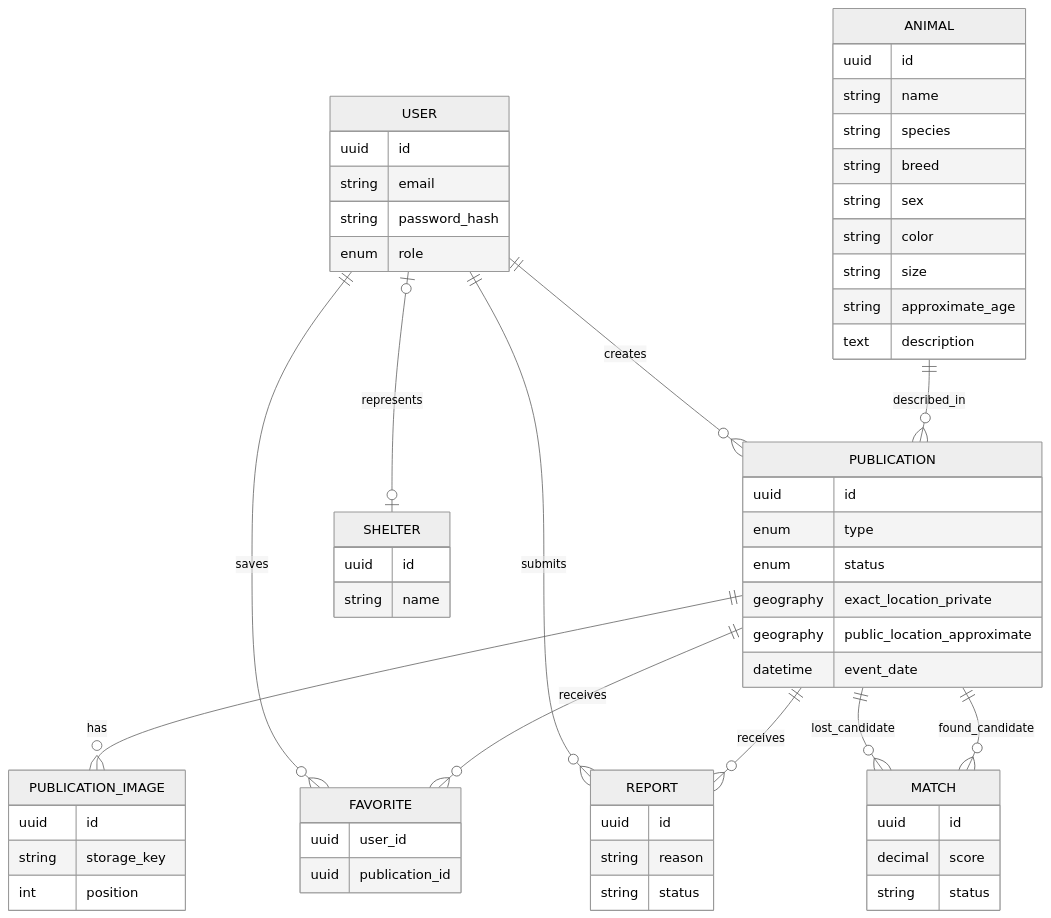
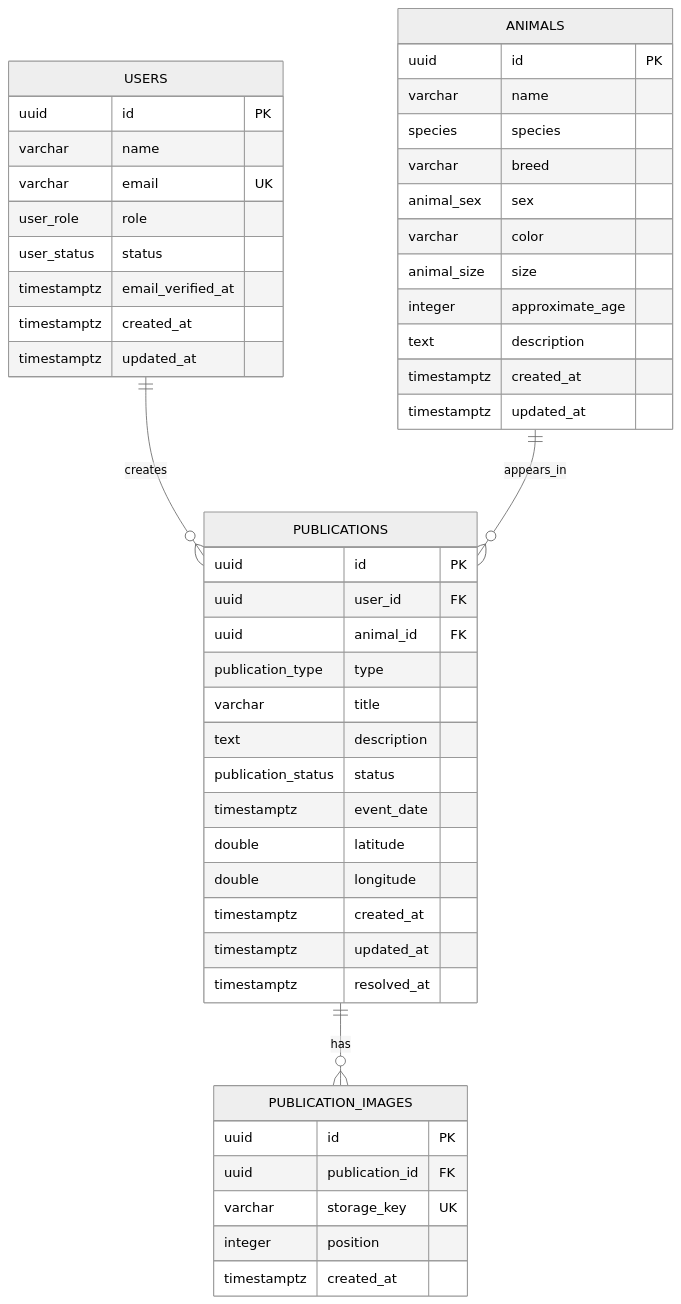
Before and after one commit to diegopanizo/red-huella: the diagram in docs/DATABASE.md, drawn with Mermaid (neutral theme). The commit also changed other lines of this file and 45 other files, not shown here.

````diff
--- a/docs/DATABASE.md
+++ b/docs/DATABASE.md
@@ -23,62 +9,52 @@
 ```mermaid
 erDiagram
-    USER ||--o{ PUBLICATION : creates
-    USER ||--o{ FAVORITE : saves
-    USER ||--o{ REPORT : submits
-    USER o|--o| SHELTER : represents
-    ANIMAL ||--o{ PUBLICATION : described_in
-    PUBLICATION ||--o{ PUBLICATION_IMAGE : has
-    PUBLICATION ||--o{ FAVORITE : receives
-    PUBLICATION ||--o{ REPORT : receives
-    PUBLICATION ||--o{ MATCH : lost_candidate
-    PUBLICATION ||--o{ MATCH : found_candidate
+    USERS ||--o{ PUBLICATIONS : creates
+    ANIMALS ||--o{ PUBLICATIONS : appears_in
+    PUBLICATIONS ||--o{ PUBLICATION_IMAGES : has
 
-    USER {
-      uuid id
-      string email
-      string password_hash
-      enum role
+    USERS {
+      uuid id PK
+      varchar name
+      varchar email UK
+      user_role role
+      user_status status
+      timestamptz email_verified_at
+      timestamptz created_at
+      timestamptz updated_at
     }
-    ANIMAL {
-      uuid id
-      string name
-      string species
-      string breed
-      string sex
-      string color
-      string size
-      string approximate_age
+    ANIMALS {
+      uuid id PK
+      varchar name
+      species species
+      varchar breed
+      animal_sex sex
+      varchar color
+      animal_size size
+      integer approximate_age
       text description
+      timestamptz created_at
+      timestamptz updated_at
     }
-    PUBLICATION {
-      uuid id
-      enum type
-      enum status
-      geography exact_location_private
-      geography public_location_approximate
-      datetime event_date
+    PUBLICATIONS {
+      uuid id PK
+      uuid user_id FK
+      uuid animal_id FK
+      publication_type type
+      varchar title
+      text description
+      publication_status status
+      timestamptz event_date
+      double latitude
+      double longitude
+      timestamptz created_at
+      timestamptz updated_at
+      timestamptz resolved_at
     }
-    PUBLICATION_IMAGE {
-      uuid id
-      string storage_key
-      int position
-    }
-    FAVORITE {
-      uuid user_id
-      uuid publication_id
-    }
-    REPORT {
-      uuid id
-      string reason
-      string status
-    }
-    SHELTER {
-      uuid id
-      string name
-    }
-    MATCH {
-      uuid id
-      decimal score
-      string status
+    PUBLICATION_IMAGES {
+      uuid id PK
+      uuid publication_id FK
+      varchar storage_key UK
+      integer position
+      timestamptz created_at
     }
 ```
````
